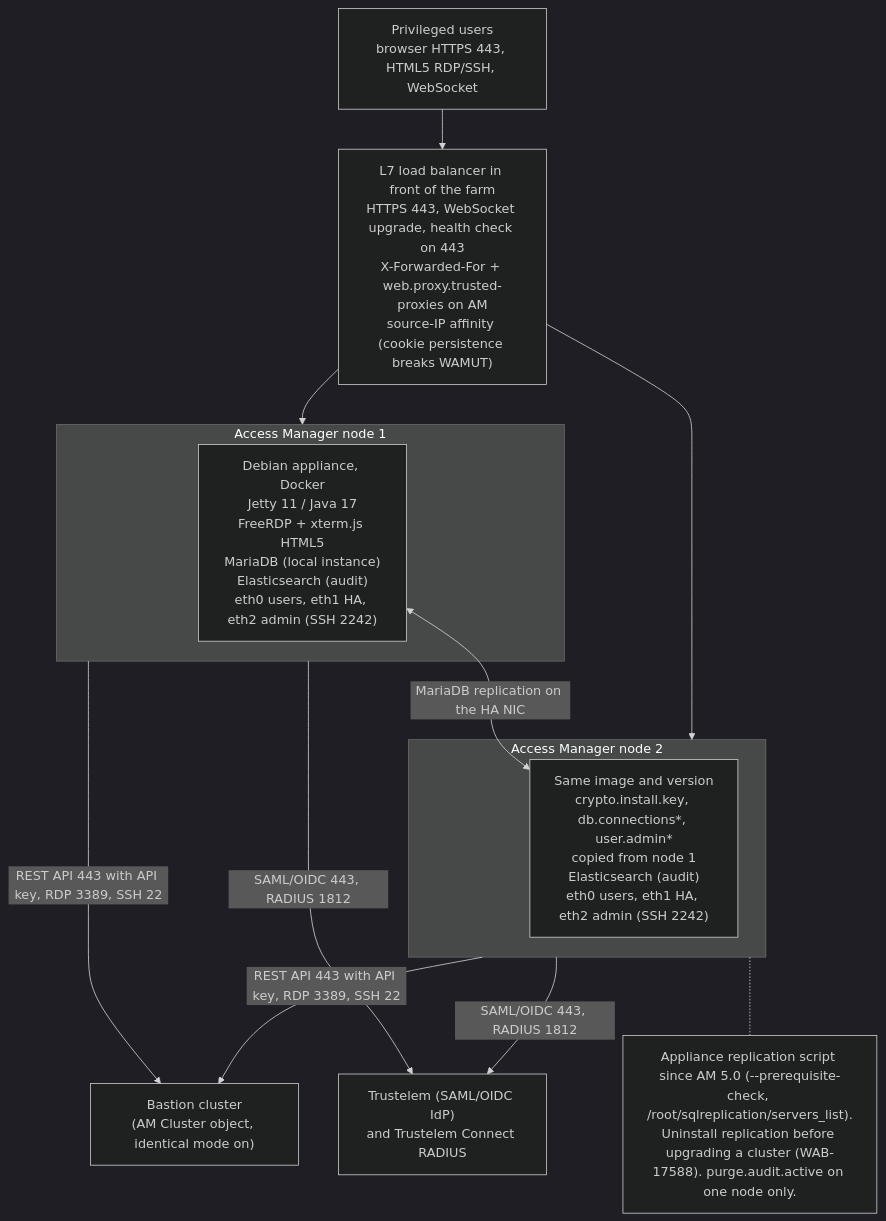
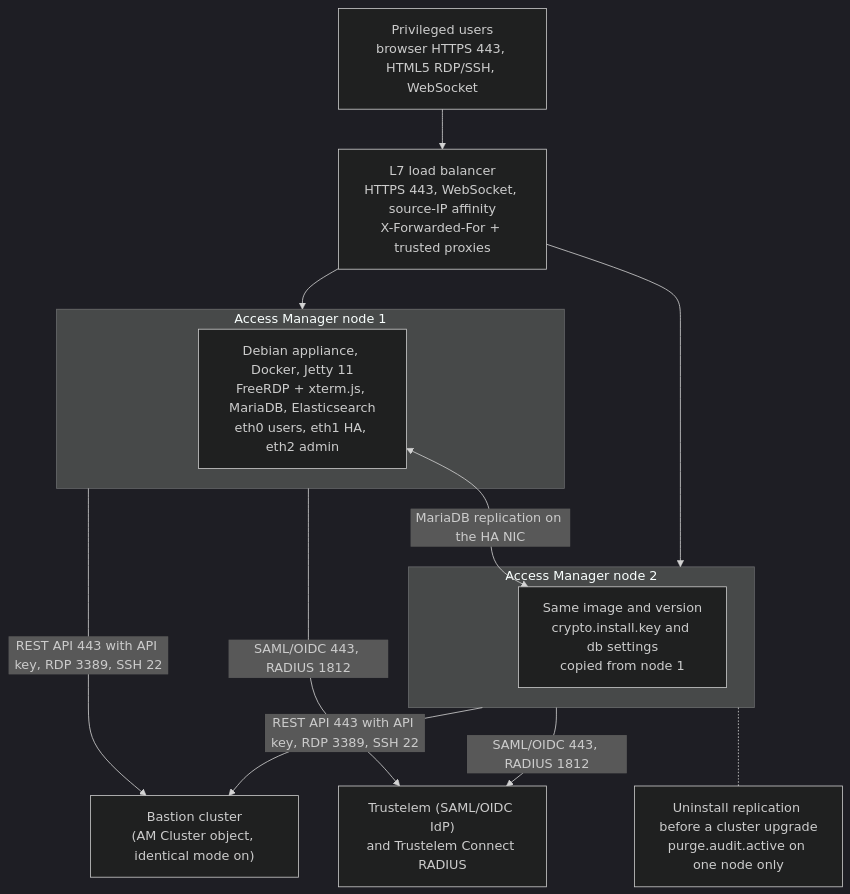
Before and after one commit to morandeirachema/Trustelem-: the diagram in tools/diagrams/04-am-cluster.mmd, drawn with Mermaid (dark theme). The commit also changed 8 other files, not shown here.

Commit message:
Shorten Mermaid labels to stop boxes overlapping text

```diff
--- a/tools/diagrams/04-am-cluster.mmd
+++ b/tools/diagrams/04-am-cluster.mmd
@@ -1,21 +1,21 @@
 flowchart TB
     USERS["Privileged users<br/>browser HTTPS 443, HTML5 RDP/SSH, WebSocket"]
-    LB["L7 load balancer in front of the farm<br/>HTTPS 443, WebSocket upgrade, health check on 443<br/>X-Forwarded-For + web.proxy.trusted-proxies on AM<br/>source-IP affinity (cookie persistence breaks WAMUT)"]
+    LB["L7 load balancer<br/>HTTPS 443, WebSocket, source-IP affinity<br/>X-Forwarded-For + trusted proxies"]
     subgraph AM1["Access Manager node 1"]
-        AM1A["Debian appliance, Docker<br/>Jetty 11 / Java 17<br/>FreeRDP + xterm.js HTML5<br/>MariaDB (local instance)<br/>Elasticsearch (audit)<br/>eth0 users, eth1 HA, eth2 admin (SSH 2242)"]
+        AM1A["Debian appliance, Docker, Jetty 11<br/>FreeRDP + xterm.js, MariaDB, Elasticsearch<br/>eth0 users, eth1 HA, eth2 admin"]
     end
     subgraph AM2["Access Manager node 2"]
-        AM2A["Same image and version<br/>crypto.install.key, db.connections*, user.admin*<br/>copied from node 1<br/>Elasticsearch (audit)<br/>eth0 users, eth1 HA, eth2 admin (SSH 2242)"]
+        AM2A["Same image and version<br/>crypto.install.key and db settings<br/>copied from node 1"]
     end
     BC["Bastion cluster<br/>(AM Cluster object, identical mode on)"]
     TR["Trustelem (SAML/OIDC IdP)<br/>and Trustelem Connect RADIUS"]
     USERS --> LB
     LB --> AM1
     LB --> AM2
     AM1A <-->|MariaDB replication on the HA NIC| AM2A
     AM1 -->|REST API 443 with API key, RDP 3389, SSH 22| BC
     AM2 -->|REST API 443 with API key, RDP 3389, SSH 22| BC
     AM1 -->|SAML/OIDC 443, RADIUS 1812| TR
     AM2 -->|SAML/OIDC 443, RADIUS 1812| TR
-    NOTE["Appliance replication script since AM 5.0 (--prerequisite-check, /root/sqlreplication/servers_list).<br/>Uninstall replication before upgrading a cluster (WAB-17588). purge.audit.active on one node only."]
+    NOTE["Uninstall replication before a cluster upgrade<br/>purge.audit.active on one node only"]
     AM2 -.- NOTE
```
